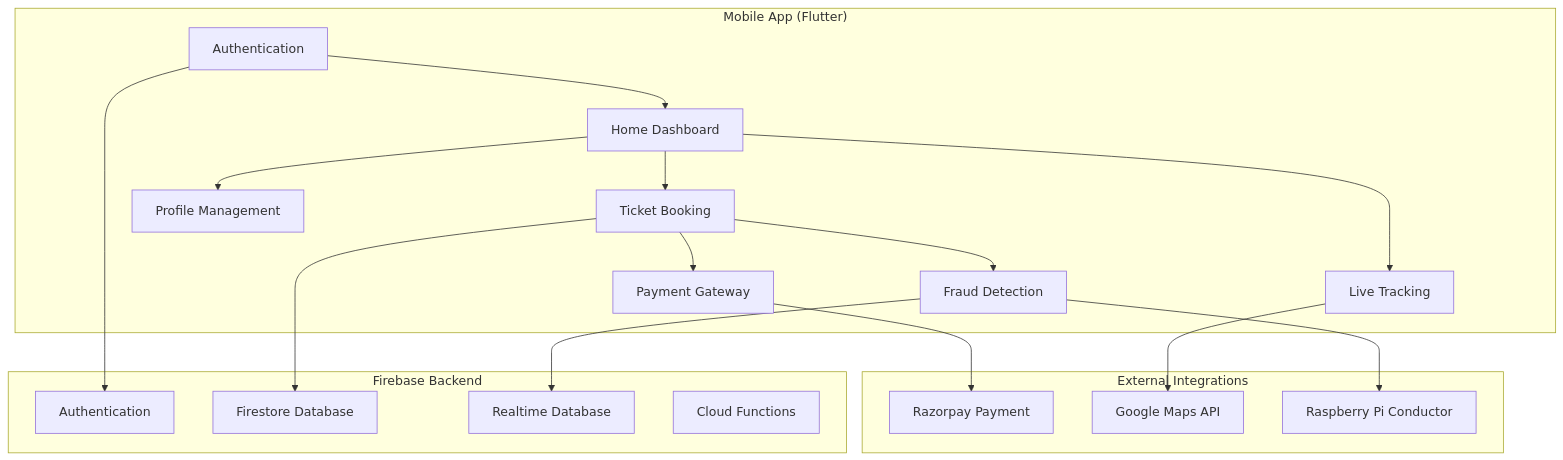
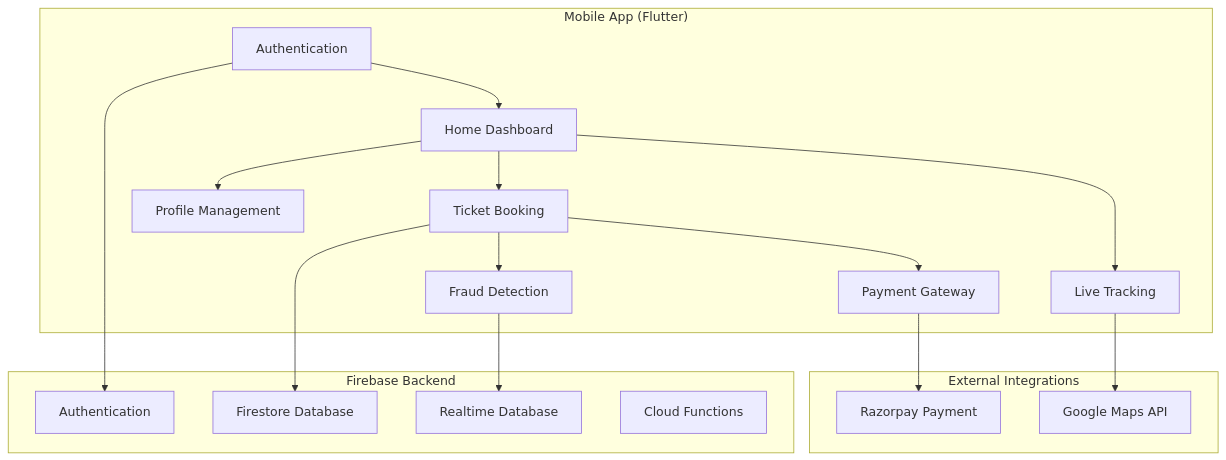
Before and after one commit to TharunBabu-05/smart_ticket_MTC: the fifth of 11 diagrams in README.md, drawn with Mermaid. The commit also changed other lines of this file, not shown here.

````diff
--- a/README.md
+++ b/README.md
@@ -620,31 +620,29 @@
 ```mermaid
 graph TB
     subgraph "Mobile App (Flutter)"
         A[Authentication] --> B[Home Dashboard]
         B --> C[Ticket Booking]
         B --> D[Live Tracking]
         B --> E[Profile Management]
         C --> F[Payment Gateway]
         C --> G[Fraud Detection]
     end
     
     subgraph "Firebase Backend"
         H[Authentication]
         I[Firestore Database]
         J[Realtime Database]
         K[Cloud Functions]
     end
     
     subgraph "External Integrations"
         L[Razorpay Payment]
         M[Google Maps API]
-        N[Raspberry Pi Conductor]
     end
     
     A --> H
     C --> I
     G --> J
     F --> L
     D --> M
-    G --> N
 ```
````
